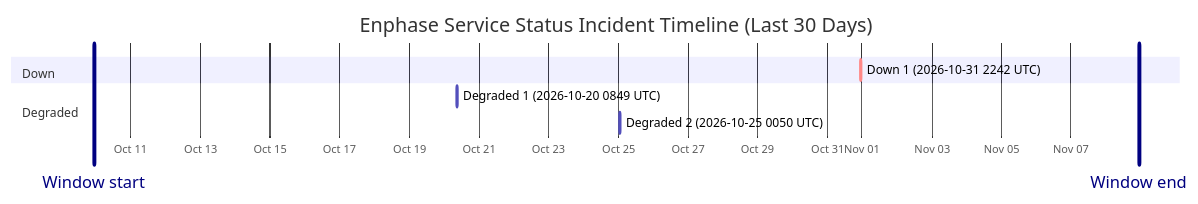
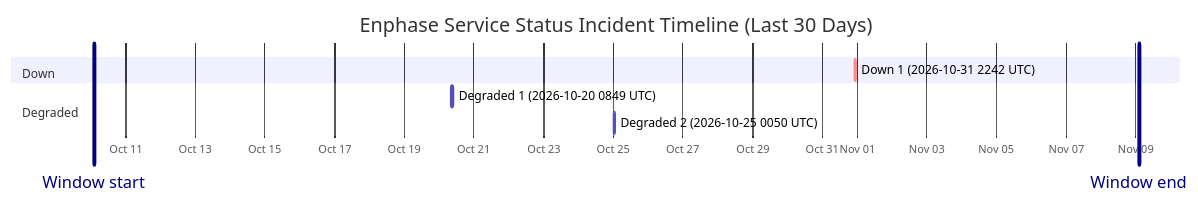
The diagram in wiki/Service-Status-History.md (barneyonline/ha-enphase-energy), drawn with Mermaid before and after one commit. The commit also changed other lines of this file and 3 other files, not shown here.

````diff
--- a/wiki/Service-Status-History.md
+++ b/wiki/Service-Status-History.md
@@ -14,13 +14,13 @@
 ```mermaid
 gantt
     title Enphase Service Status Incident Timeline (Last 30 Days)
     dateFormat  YYYY-MM-DDTHH:mm:ss
     axisFormat  %b %d
-    Window start :vert, window-start, 2026-10-09T22:39:20, 0ms
-    Window end :vert, window-end, 2026-11-08T22:39:20, 0ms
+    Window start :vert, window-start, 2026-10-10T02:21:53, 0ms
+    Window end :vert, window-end, 2026-11-09T02:21:53, 0ms
     section Down
     Down 1 (2026-10-31 2242 UTC) :crit, down-1, 2026-10-31T22:42:18, 60m
     section Degraded
     Degraded 1 (2026-10-20 0849 UTC) :active, degraded-1, 2026-10-20T08:49:49, 60m
     Degraded 2 (2026-10-25 0050 UTC) :active, degraded-2, 2026-10-25T00:50:01, 60m
 ```
````
